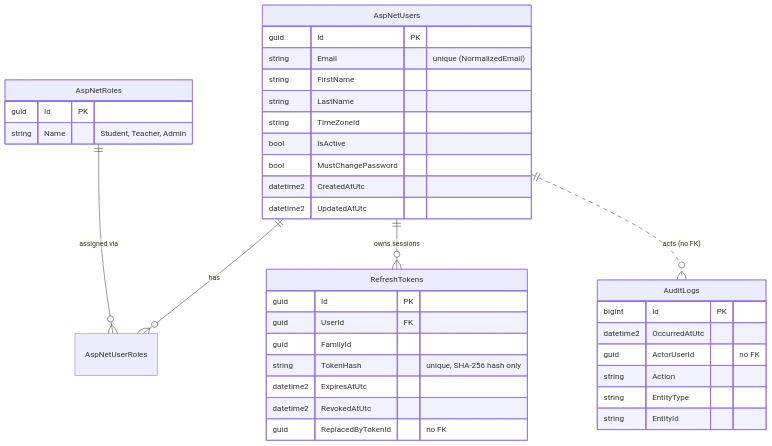
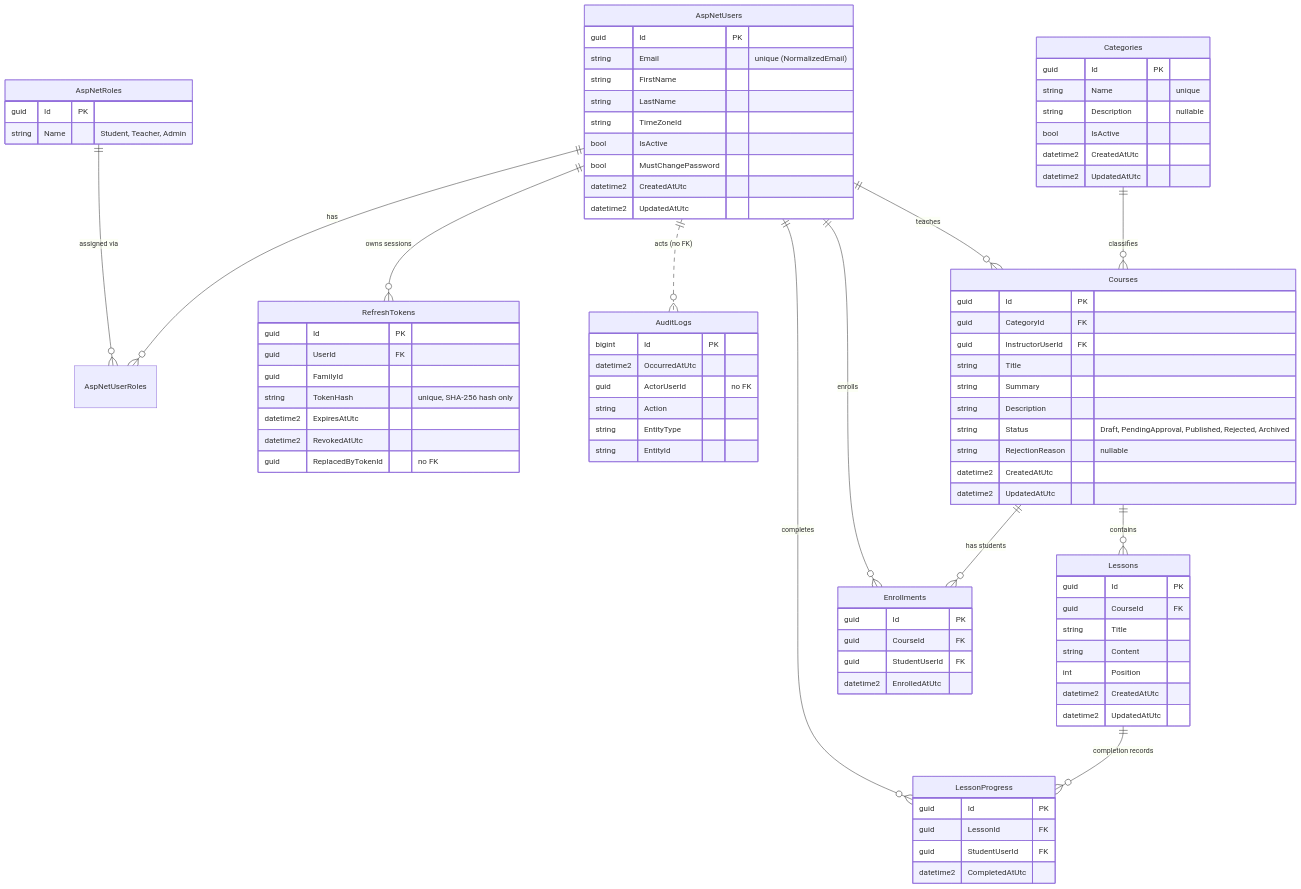
One commit to nksdal/Online-Learning-Platform changed the diagram in docs/database.md. Above: the diagram before and after it, drawn with Mermaid. The commit also changed other lines of this file and 102 other files, not shown here.

```diff
--- a/docs/database.md
+++ b/docs/database.md
@@ -10,6 +10,54 @@
     AspNetRoles ||--o{ AspNetUserRoles : "assigned via"
     AspNetUsers ||--o{ RefreshTokens : "owns sessions"
     AspNetUsers ||..o{ AuditLogs : "acts (no FK)"
+    Categories {
+        guid Id PK
+        string Name "unique"
+        string Description "nullable"
+        bool IsActive
+        datetime2 CreatedAtUtc
+        datetime2 UpdatedAtUtc
+    }
+    Categories ||--o{ Courses : "classifies"
+    AspNetUsers ||--o{ Courses : "teaches"
+    Courses ||--o{ Lessons : "contains"
+    Lessons ||--o{ LessonProgress : "completion records"
+    Courses ||--o{ Enrollments : "has students"
+    AspNetUsers ||--o{ Enrollments : "enrolls"
+    AspNetUsers ||--o{ LessonProgress : "completes"
+    Courses {
+        guid Id PK
+        guid CategoryId FK
+        guid InstructorUserId FK
+        string Title
+        string Summary
+        string Description
+        string Status "Draft, PendingApproval, Published, Rejected, Archived"
+        string RejectionReason "nullable"
+        datetime2 CreatedAtUtc
+        datetime2 UpdatedAtUtc
+    }
+    Lessons {
+        guid Id PK
+        guid CourseId FK
+        string Title
+        string Content
+        int Position
+        datetime2 CreatedAtUtc
+        datetime2 UpdatedAtUtc
+    }
+    Enrollments {
+        guid Id PK
+        guid CourseId FK
+        guid StudentUserId FK
+        datetime2 EnrolledAtUtc
+    }
+    LessonProgress {
+        guid Id PK
+        guid LessonId FK
+        guid StudentUserId FK
+        datetime2 CompletedAtUtc
+    }
 
     AspNetUsers {
         guid Id PK
```
